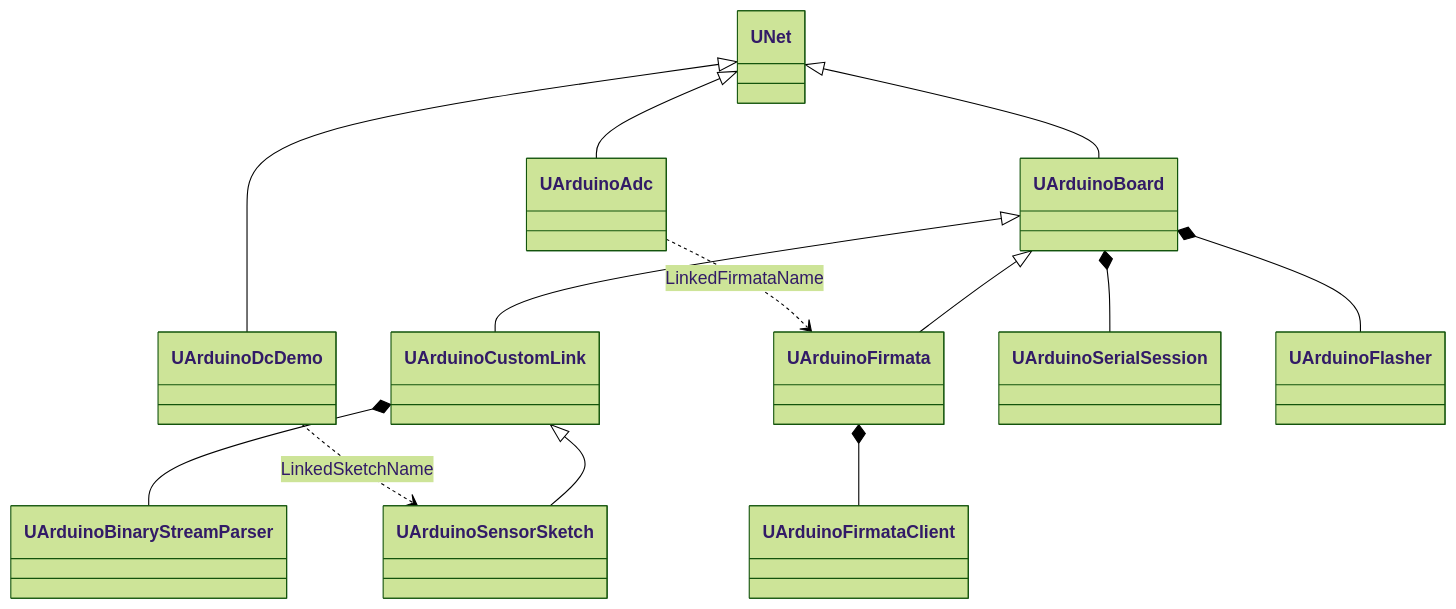
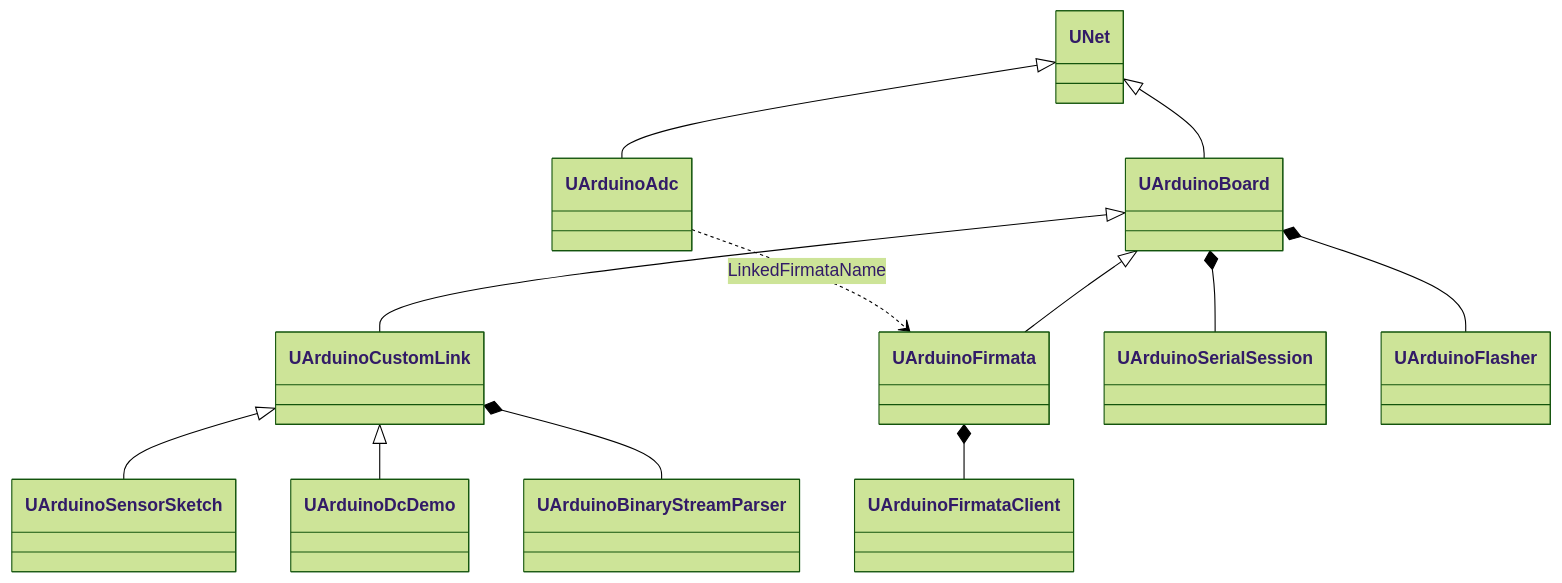
One commit to aicommunity/Rdk-HardwareLib changed the first of 2 diagrams in Docs/Architecture.md. Above: the diagram before and after it, drawn with Mermaid (forest theme). The commit also changed other lines of this file and 12 other files, not shown here.

First line of the commit message:
docs(hardware): update Architecture, API, GUI, and component guides

````diff
--- a/Docs/Architecture.md
+++ b/Docs/Architecture.md
@@ -9,15 +9,14 @@
 ```mermaid
 classDiagram
   UNet <|-- UArduinoBoard
   UArduinoBoard <|-- UArduinoCustomLink
   UArduinoCustomLink <|-- UArduinoSensorSketch
+  UArduinoCustomLink <|-- UArduinoDcDemo
   UArduinoBoard <|-- UArduinoFirmata
   UNet <|-- UArduinoAdc
-  UNet <|-- UArduinoDcDemo
   UArduinoBoard *-- UArduinoSerialSession
   UArduinoBoard *-- UArduinoFlasher
   UArduinoCustomLink *-- UArduinoBinaryStreamParser
   UArduinoFirmata *-- UArduinoFirmataClient
   UArduinoAdc ..> UArduinoFirmata : LinkedFirmataName
-  UArduinoDcDemo ..> UArduinoSensorSketch : LinkedSketchName
 ```
````
